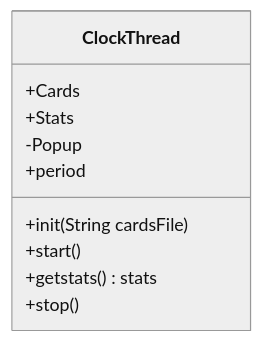
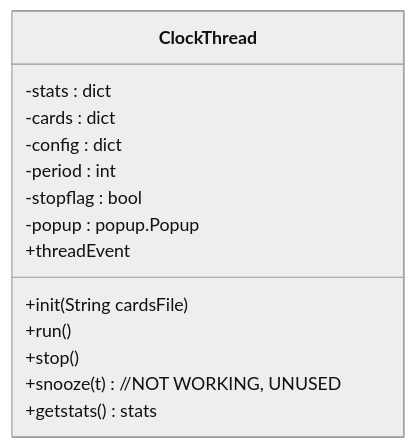
One commit to 24adamcho/sudden-flash-card-event changed the second of 4 diagrams in docs/classdiagram.md. Above: the diagram before and after it, drawn with Mermaid (neutral theme). The commit also changed other lines of this file, not shown here.

Commit message:
class diagram updated

````diff
--- a/docs/classdiagram.md
+++ b/docs/classdiagram.md
@@ -32,14 +62,19 @@
 ```mermaid
 classDiagram
 direction LR
     class ClockThread{
-        +Cards
-        +Stats
-        -Popup
-        +period
+        -stats : dict
+        -cards : dict
+        -config : dict
+        -period : int
+        -stopflag : bool
+        -popup : popup.Popup
+        +threadEvent
+        
         +init(String cardsFile)
-        +start()
+        +run()
+        +stop()
+        +snooze(t) //NOT WORKING, UNUSED
         +getstats() stats
-        +stop()
     }
 ```
````
